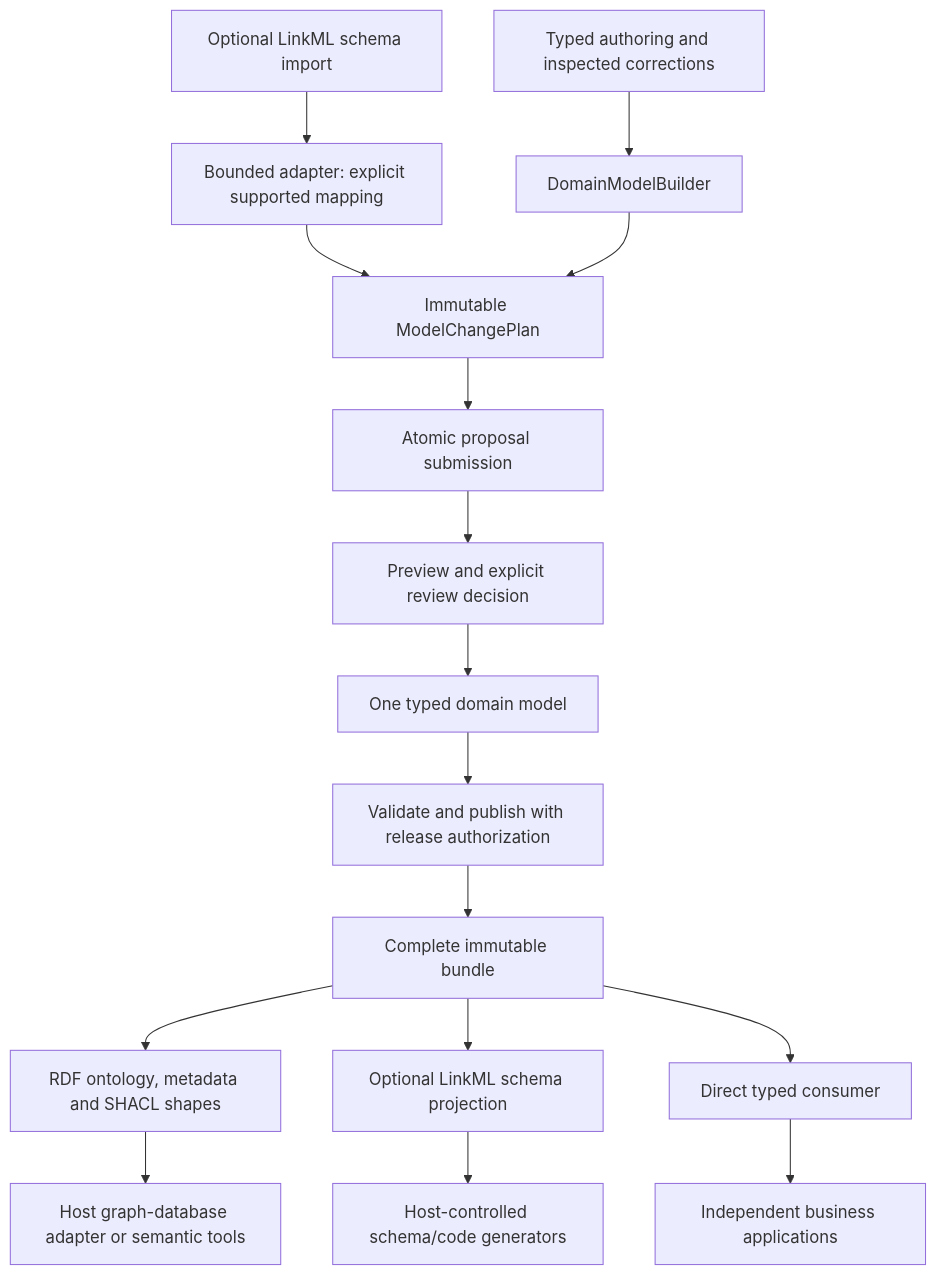
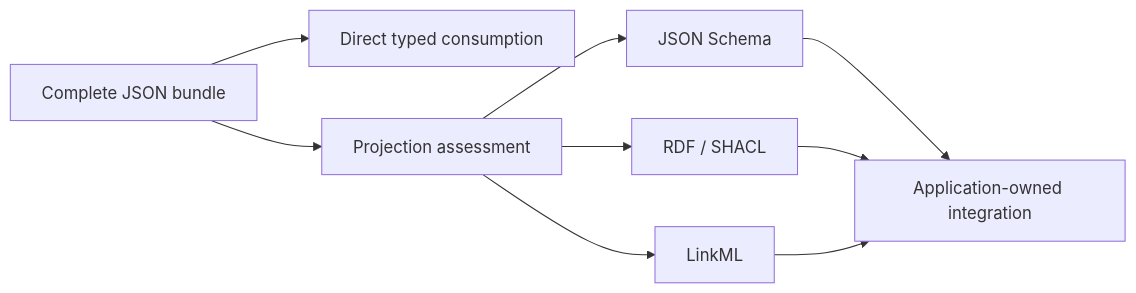
Before and after one commit to matejpalenik/domain-kernel: the sixth of 6 diagrams in ARCHITECTURE.md, drawn with Mermaid. The commit also changed other lines of this file and 61 other files, not shown here.

First line of the commit message:
docs: split architecture contracts and streamline documentation

````diff
--- a/ARCHITECTURE.md
+++ b/ARCHITECTURE.md
@@ -5057,18 +467,13 @@
 ```mermaid
-flowchart TB
-    Manual["Typed authoring and inspected corrections"] --> Builders["DomainModelBuilder"]
-    Schema["Optional LinkML schema import"] --> Import["Bounded adapter: explicit supported mapping"]
-    Import --> Plan["Immutable ModelChangePlan"]
-    Builders --> Plan
-    Plan --> Submit["Atomic proposal submission"]
-    Submit --> Review["Preview and explicit review decision"]
-    Review --> Model["One typed domain model"]
-    Model --> Publish["Validate and publish with release authorization"]
-    Publish --> Bundle["Complete immutable bundle"]
-    Bundle --> RDF["RDF ontology, metadata and SHACL shapes"]
-    Bundle --> LinkML["Optional LinkML schema projection"]
-    Bundle --> Typed["Direct typed consumer"]
-    RDF --> Graph["Host graph-database adapter or semantic tools"]
-    LinkML --> Codegen["Host-controlled schema/code generators"]
-    Typed --> Apps["Independent business applications"]
+flowchart LR
+    Bundle["Complete JSON bundle"] --> Typed["Direct typed consumption"]
+    Bundle --> Assessment["Projection assessment"]
+
+    Assessment --> JSON["JSON Schema"]
+    Assessment --> RDF["RDF / SHACL"]
+    Assessment --> LinkML["LinkML"]
+
+    JSON --> Host["Application-owned integration"]
+    RDF --> Host
+    LinkML --> Host
 ```
````
